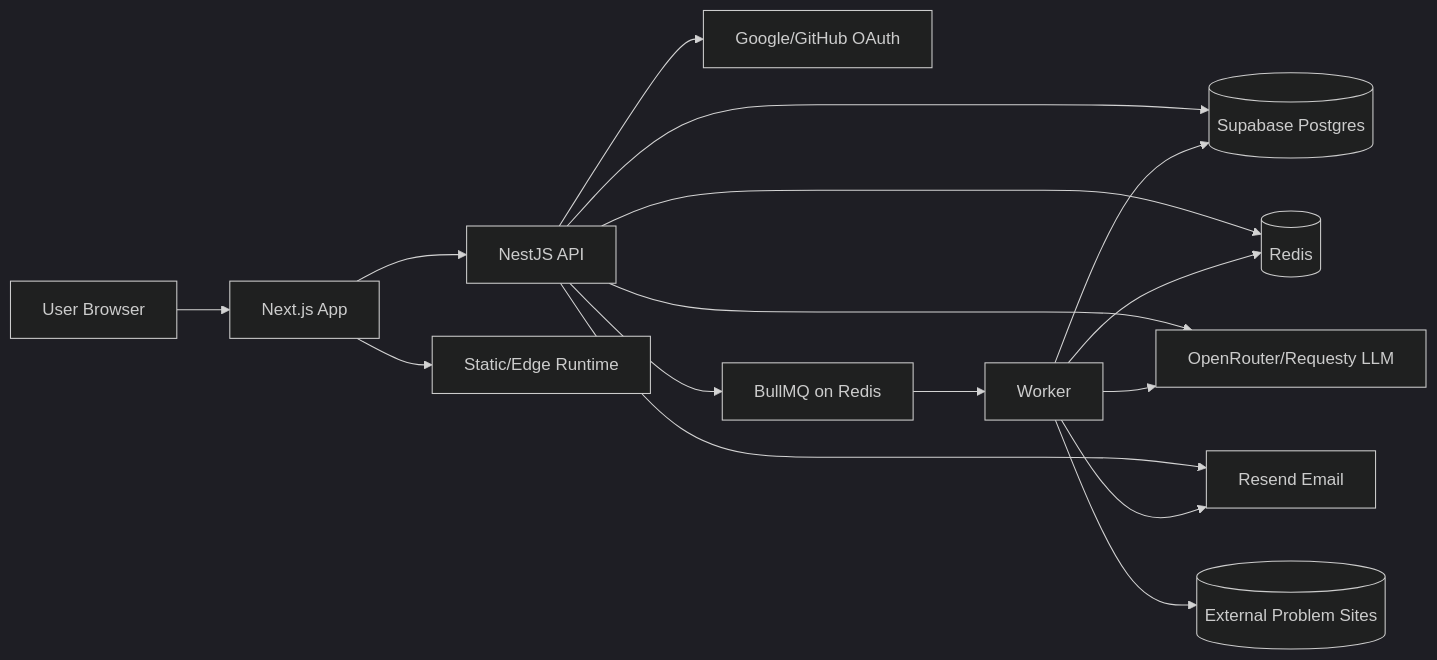
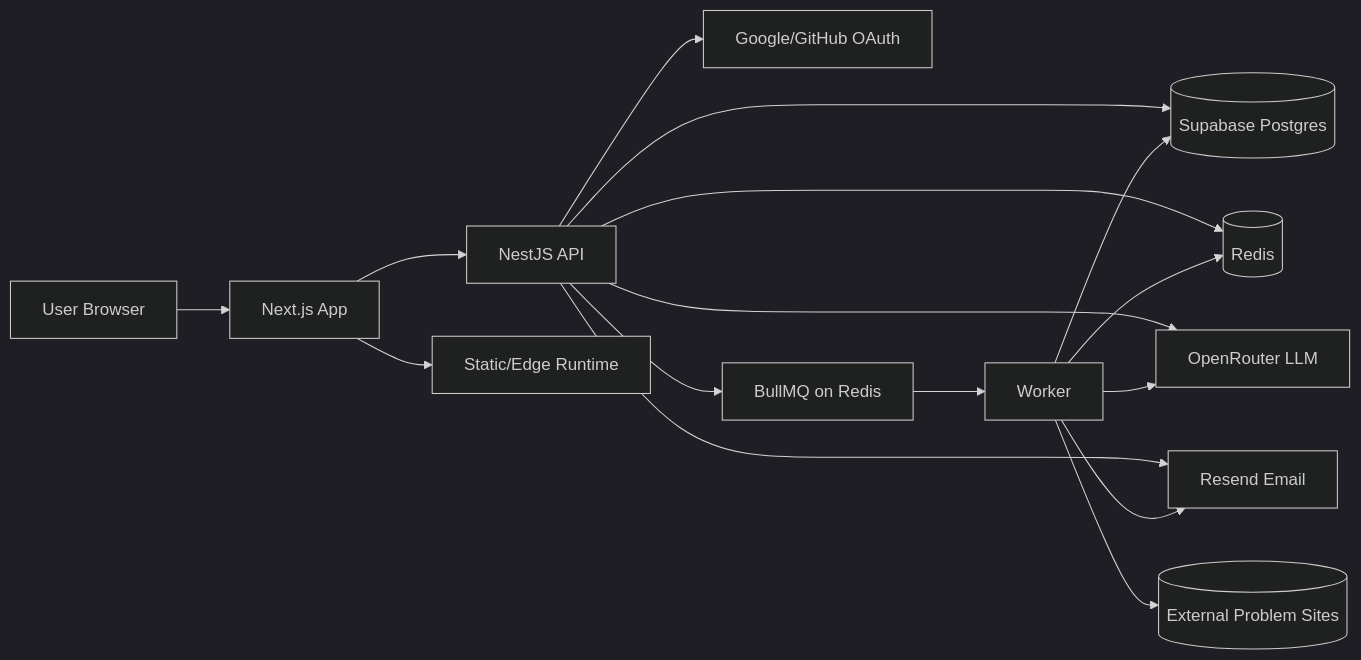
Before and after one commit to seungjoonH/psstudio: the first of 8 diagrams in design/architecture.md, drawn with Mermaid (dark theme). The commit also changed other lines of this file, not shown here.

First line of the commit message:
docs: architecture.md에서 랜딩 한 줄만 반영하고 이전 오스테이징 복구

````diff
--- a/design/architecture.md
+++ b/design/architecture.md
@@ -38,21 +38,21 @@
 ```mermaid
 flowchart LR
     U[User Browser] --> FE[Next.js App]
     FE --> BE[NestJS API]
 
     BE --> PG[(Supabase Postgres)]
     BE --> RD[(Redis)]
     BE --> OAUTH[Google/GitHub OAuth]
-    BE --> AIAPI[OpenRouter/Requesty LLM]
+    BE --> AIAPI[OpenRouter LLM]
     BE --> EMAIL[Resend Email]
 
     BE --> NQ[BullMQ on Redis]
     NQ --> WK[Worker]
     WK --> PG
     WK --> RD
     WK --> AIAPI
     WK --> EMAIL
     WK --> EXTSITE[(External Problem Sites)]
 
     FE --> CDN[Static/Edge Runtime]
 ```
````
